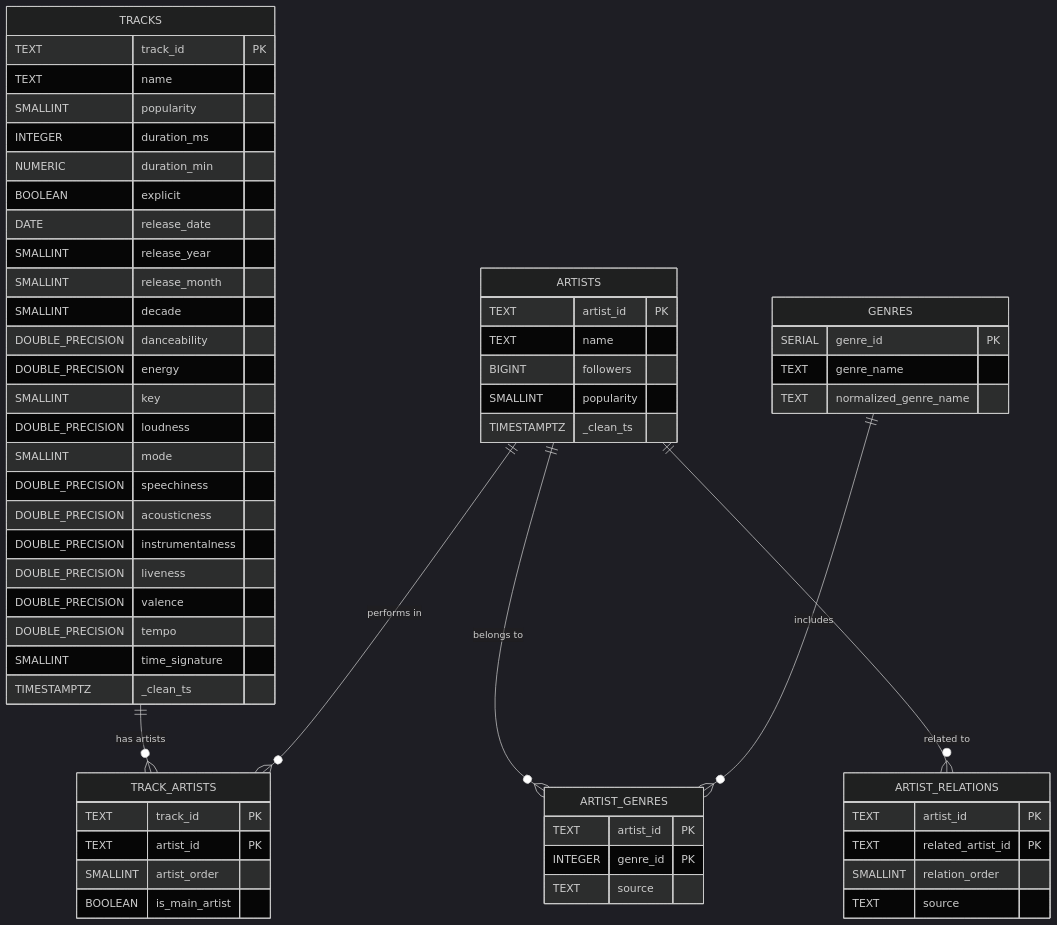
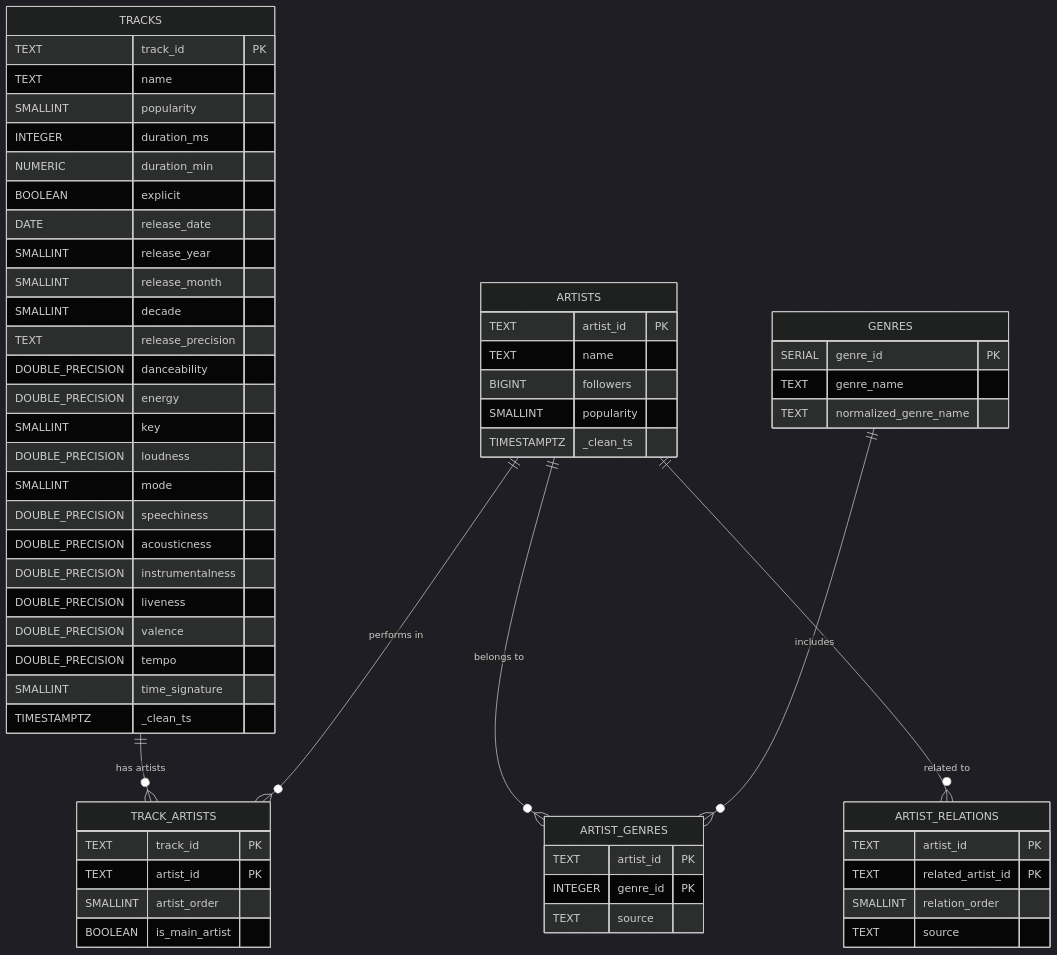
Before and after one commit to tandat1512/hitradar: the second of 4 diagrams in 6.TAI_LIEU/6.1.bao_cao/ERD.md, drawn with Mermaid (dark theme). The commit also changed 2 other files, not shown here.

Commit message:
docs(feature-1.2): sync release_precision and raw id NOT NULL
- DATABASE_SCHEMA.md: add release_precision column to clean.tracks
  table spec (TEXT, CHECK day/month/year/unknown)
- ERD.md: add release_precision field to TRACKS entity in clean
  layer Mermaid diagram
- 02_create_raw_tables.sql: raw_tracks.id and raw_artists.id
  declared TEXT NOT NULL (was TEXT nullable)

````diff
--- a/6.TAI_LIEU/6.1.bao_cao/ERD.md
+++ b/6.TAI_LIEU/6.1.bao_cao/ERD.md
@@ -59,68 +59,69 @@
 ```mermaid
 erDiagram
     TRACKS {
         TEXT track_id PK
         TEXT name
         SMALLINT popularity
         INTEGER duration_ms
         NUMERIC duration_min
         BOOLEAN explicit
         DATE release_date
         SMALLINT release_year
         SMALLINT release_month
         SMALLINT decade
+        TEXT release_precision
         DOUBLE_PRECISION danceability
         DOUBLE_PRECISION energy
         SMALLINT key
         DOUBLE_PRECISION loudness
         SMALLINT mode
         DOUBLE_PRECISION speechiness
         DOUBLE_PRECISION acousticness
         DOUBLE_PRECISION instrumentalness
         DOUBLE_PRECISION liveness
         DOUBLE_PRECISION valence
         DOUBLE_PRECISION tempo
         SMALLINT time_signature
         TIMESTAMPTZ _clean_ts
     }
 
     ARTISTS {
         TEXT artist_id PK
         TEXT name
         BIGINT followers
         SMALLINT popularity
         TIMESTAMPTZ _clean_ts
     }
 
     GENRES {
         SERIAL genre_id PK
         TEXT genre_name
         TEXT normalized_genre_name
     }
 
     TRACK_ARTISTS {
         TEXT track_id PK
         TEXT artist_id PK
         SMALLINT artist_order
         BOOLEAN is_main_artist
     }
 
     ARTIST_GENRES {
         TEXT artist_id PK
         INTEGER genre_id PK
         TEXT source
     }
 
     ARTIST_RELATIONS {
         TEXT artist_id PK
         TEXT related_artist_id PK
         SMALLINT relation_order
         TEXT source
     }
 
     TRACKS ||--o{ TRACK_ARTISTS : "has artists"
     ARTISTS ||--o{ TRACK_ARTISTS : "performs in"
     ARTISTS ||--o{ ARTIST_GENRES : "belongs to"
     GENRES ||--o{ ARTIST_GENRES : "includes"
     ARTISTS ||--o{ ARTIST_RELATIONS : "related to"
 ```
````
